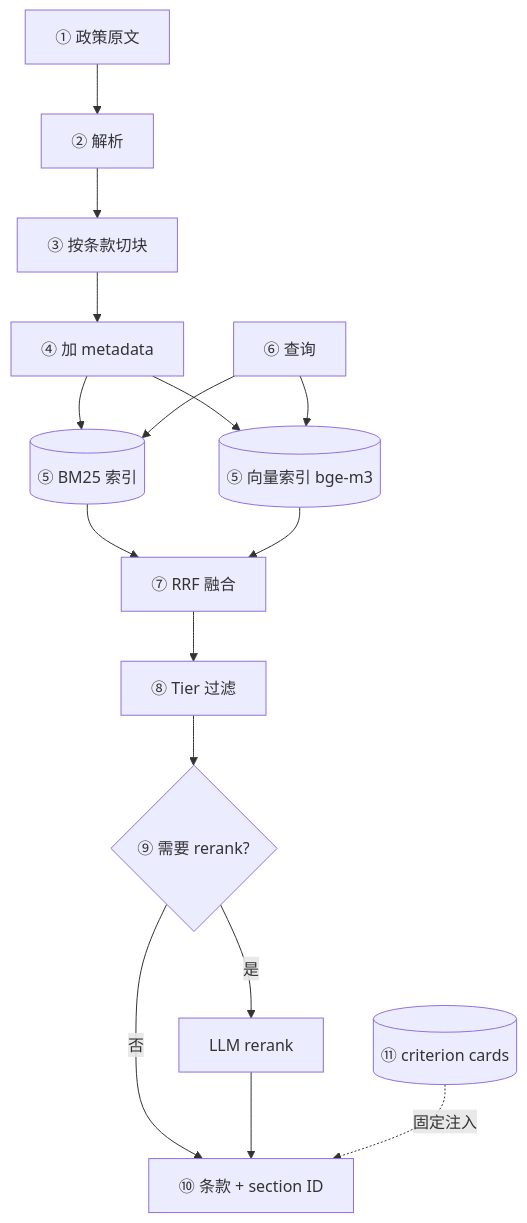
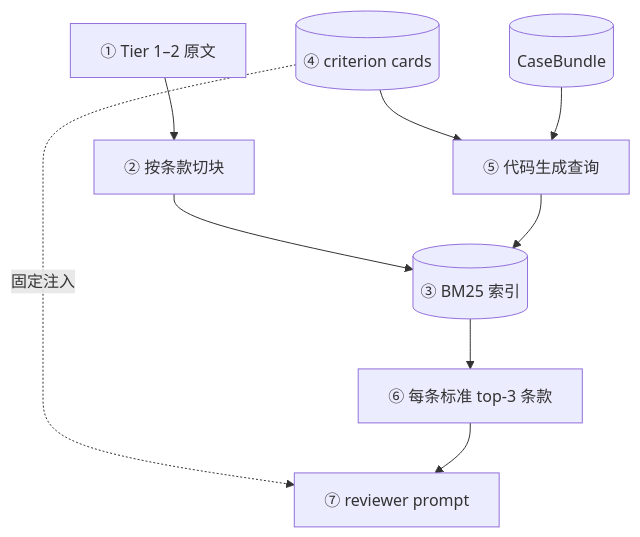
One commit to cherry-nancy/claims_agentic_system changed the third of 9 diagrams in plan/snf_pa_consensus_work_plan_1025.md. Above: the diagram before and after it, drawn with Mermaid. The commit also changed other lines of this file, not shown here.

````diff
--- a/plan/snf_pa_consensus_work_plan_1025.md
+++ b/plan/snf_pa_consensus_work_plan_1025.md
@@ -245,17 +239,11 @@
 ```mermaid
 flowchart TD
-  D1["① 政策原文"] --> D2["② 解析"]
-  D2 --> D3["③ 按条款切块"]
-  D3 --> D4["④ 加 metadata"]
-  D4 --> I1[("⑤ BM25 索引")]
-  D4 --> I2[("⑤ 向量索引 bge-m3")]
-  Q["⑥ 查询"] --> I1
-  Q --> I2
-  I1 --> FU["⑦ RRF 融合"]
-  I2 --> FU
-  FU --> TF["⑧ Tier 过滤"]
-  TF --> RR{"⑨ 需要 rerank?"}
-  RR -- 否 --> OUT["⑩ 条款 + section ID"]
-  RR -- 是 --> RK["LLM rerank"] --> OUT
-  CC[("⑪ criterion cards")] -. 固定注入 .-> OUT
+  D1["① Tier 1–2 原文"] --> D2["② 按条款切块"]
+  D2 --> I1[("③ BM25 索引")]
+  CC[("④ criterion cards")] --> Q["⑤ 代码生成查询"]
+  CB[("CaseBundle")] --> Q
+  Q --> I1
+  I1 --> O["⑥ 每条标准 top-3 条款"]
+  CC -. 固定注入 .-> PR["⑦ reviewer prompt"]
+  O --> PR
 ```
````
